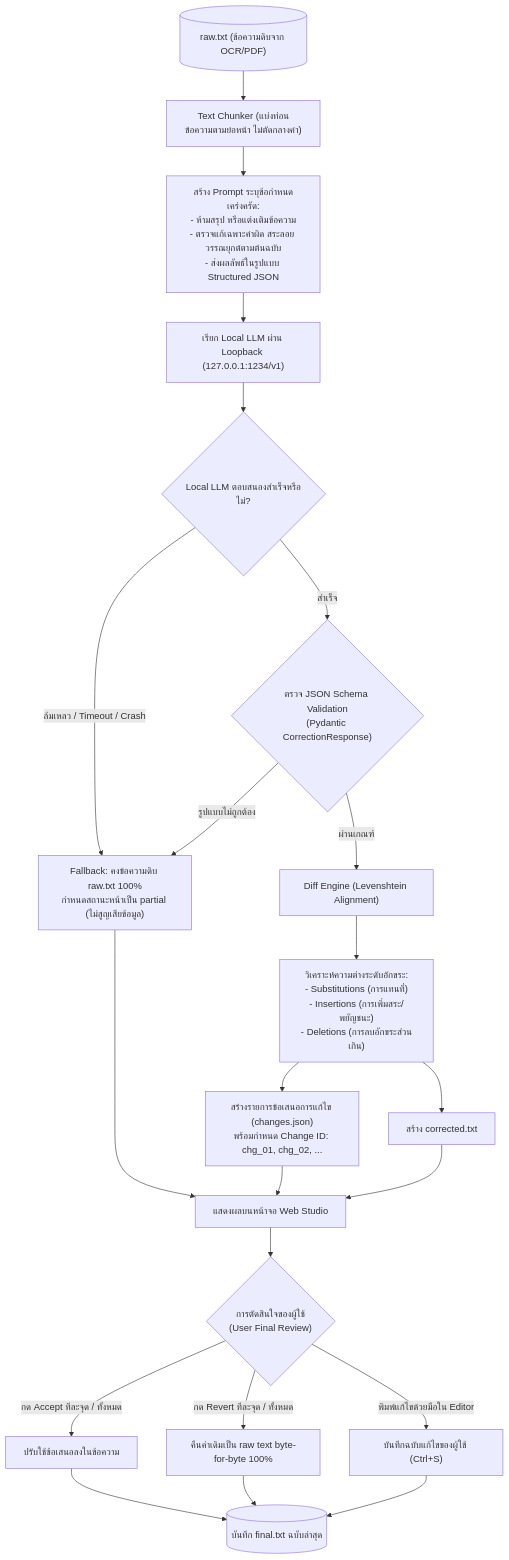
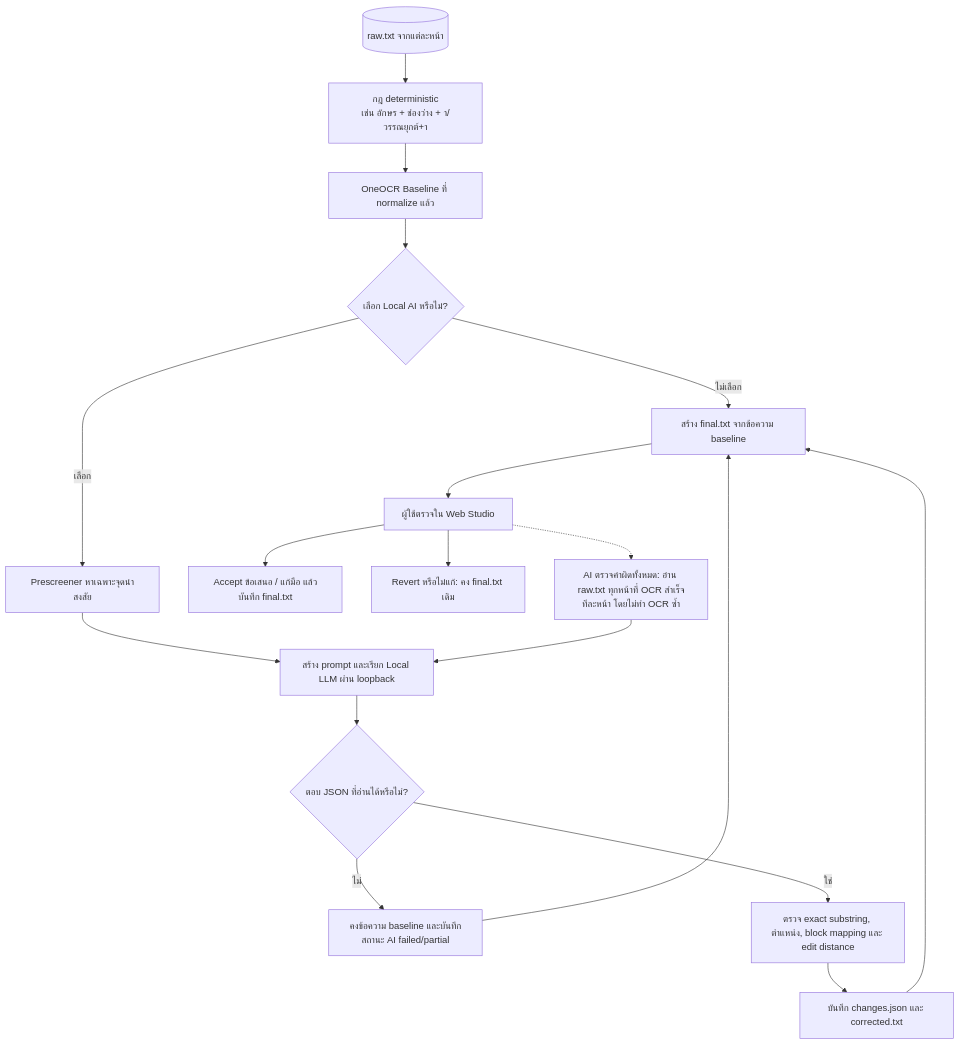
One commit to anuwatm/pdf-ocr-studio changed the third of 5 diagrams in readme.md. Above: the diagram before and after it, drawn with Mermaid. The commit also changed other lines of this file and 14 other files, not shown here.

````diff
--- a/readme.md
+++ b/readme.md
@@ -192,32 +182,20 @@
 ```mermaid
 flowchart TD
-    RawInput[("raw.txt (ข้อความดิบจาก OCR/PDF)")] --> Chunker["Text Chunker (แบ่งท่อนข้อความตามย่อหน้า ไม่ตัดกลางคำ)"]
-    Chunker --> BuildPrompt["สร้าง Prompt ระบุข้อกำหนดเคร่งครัด:<br/>- ห้ามสรุป หรือแต่งเติมข้อความ<br/>- ตรวจแก้เฉพาะคำผิด สระลอย วรรณยุกต์ตามต้นฉบับ<br/>- ส่งผลลัพธ์ในรูปแบบ Structured JSON"]
-    
-    BuildPrompt --> CallLLM["เรียก Local LLM ผ่าน Loopback (127.0.0.1:1234/v1)"]
-    
-    CallLLM --> LLMCheck{"Local LLM ตอบสนองสำเร็จหรือไม่?"}
-    LLMCheck -->|ล้มเหลว / Timeout / Crash| FallbackRaw["Fallback: คงข้อความดิบ raw.txt 100%<br/>กำหนดสถานะหน้าเป็น partial (ไม่สูญเสียข้อมูล)"]
-    
-    LLMCheck -->|สำเร็จ| ValidateJSON{"ตรวจ JSON Schema Validation<br/>(Pydantic CorrectionResponse)"}
-    ValidateJSON -->|รูปแบบไม่ถูกต้อง| FallbackRaw
-    
-    ValidateJSON -->|ผ่านเกณฑ์| DiffEngine["Diff Engine (Levenshtein Alignment)"]
-    DiffEngine --> CharDiff["วิเคราะห์ความต่างระดับอักขระ:<br/>- Substitutions (การแทนที่)<br/>- Insertions (การเพิ่มสระ/พยัญชนะ)<br/>- Deletions (การลบอักขระส่วนเกิน)"]
-    
-    CharDiff --> GenProposals["สร้างรายการข้อเสนอการแก้ไข (changes.json)<br/>พร้อมกำหนด Change ID: chg_01, chg_02, ..."]
-    CharDiff --> GenCorrected["สร้าง corrected.txt"]
-    
-    GenProposals --> WebStudio["แสดงผลบนหน้าจอ Web Studio"]
-    GenCorrected --> WebStudio
-    FallbackRaw --> WebStudio
-    
-    WebStudio --> UserAction{"การตัดสินใจของผู้ใช้<br/>(User Final Review)"}
-    UserAction -->|กด Accept ทีละจุด / ทั้งหมด| ApplyChanges["ปรับใช้ข้อเสนอลงในข้อความ"]
-    UserAction -->|กด Revert ทีละจุด / ทั้งหมด| RollbackChanges["คืนค่าเดิมเป็น raw text byte-for-byte 100%"]
-    UserAction -->|พิมพ์แก้ไขด้วยมือใน Editor| ManualEdit["บันทึกฉบับแก้ไขของผู้ใช้ (Ctrl+S)"]
-    
-    ApplyChanges --> SaveFinal[("บันทึก final.txt ฉบับล่าสุด")]
-    RollbackChanges --> SaveFinal
-    ManualEdit --> SaveFinal
+    Raw[("raw.txt จากแต่ละหน้า")] --> Rule["กฎ deterministic<br/>เช่น อักษร + ช่องว่าง + า/วรรณยุกต์+า"]
+    Rule --> Baseline["OneOCR Baseline ที่ normalize แล้ว"]
+    Baseline --> Mode{"เลือก Local AI หรือไม่?"}
+    Mode -->|ไม่เลือก| FinalRaw["สร้าง final.txt จากข้อความ baseline"]
+    Mode -->|เลือก| Detect["Prescreener หาเฉพาะจุดน่าสงสัย"]
+    Detect --> Prompt["สร้าง prompt และเรียก Local LLM ผ่าน loopback"]
+    Prompt --> Response{"ตอบ JSON ที่อ่านได้หรือไม่?"}
+    Response -->|ไม่| Safe["คงข้อความ baseline และบันทึกสถานะ AI failed/partial"]
+    Response -->|ใช่| Validate["ตรวจ exact substring, ตำแหน่ง, block mapping และ edit distance"]
+    Validate --> Proposals["บันทึก changes.json และ corrected.txt"]
+    Safe --> FinalRaw
+    Proposals --> FinalRaw
+    FinalRaw --> Review["ผู้ใช้ตรวจใน Web Studio"]
+    Review --> Accept["Accept ข้อเสนอ / แก้มือ แล้วบันทึก final.txt"]
+    Review --> Revert["Revert หรือไม่แก้: คง final.txt เดิม"]
+    Review -.-> FullAI["AI ตรวจคำผิดทั้งหมด: อ่าน raw.txt ทุกหน้าที่ OCR สำเร็จ<br/>ทีละหน้า โดยไม่ทำ OCR ซ้ำ"]
+    FullAI --> Prompt
 ```
````
